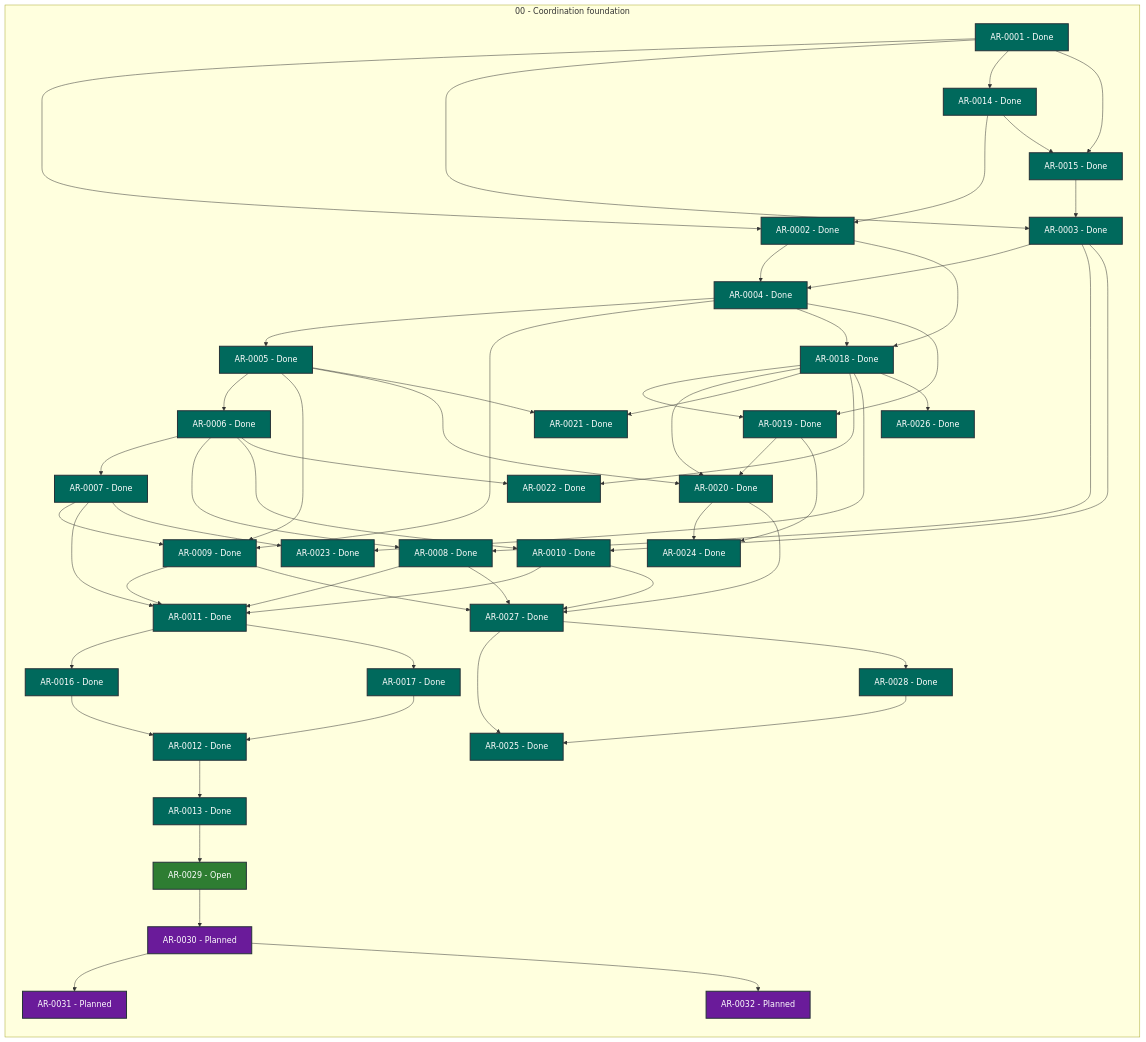
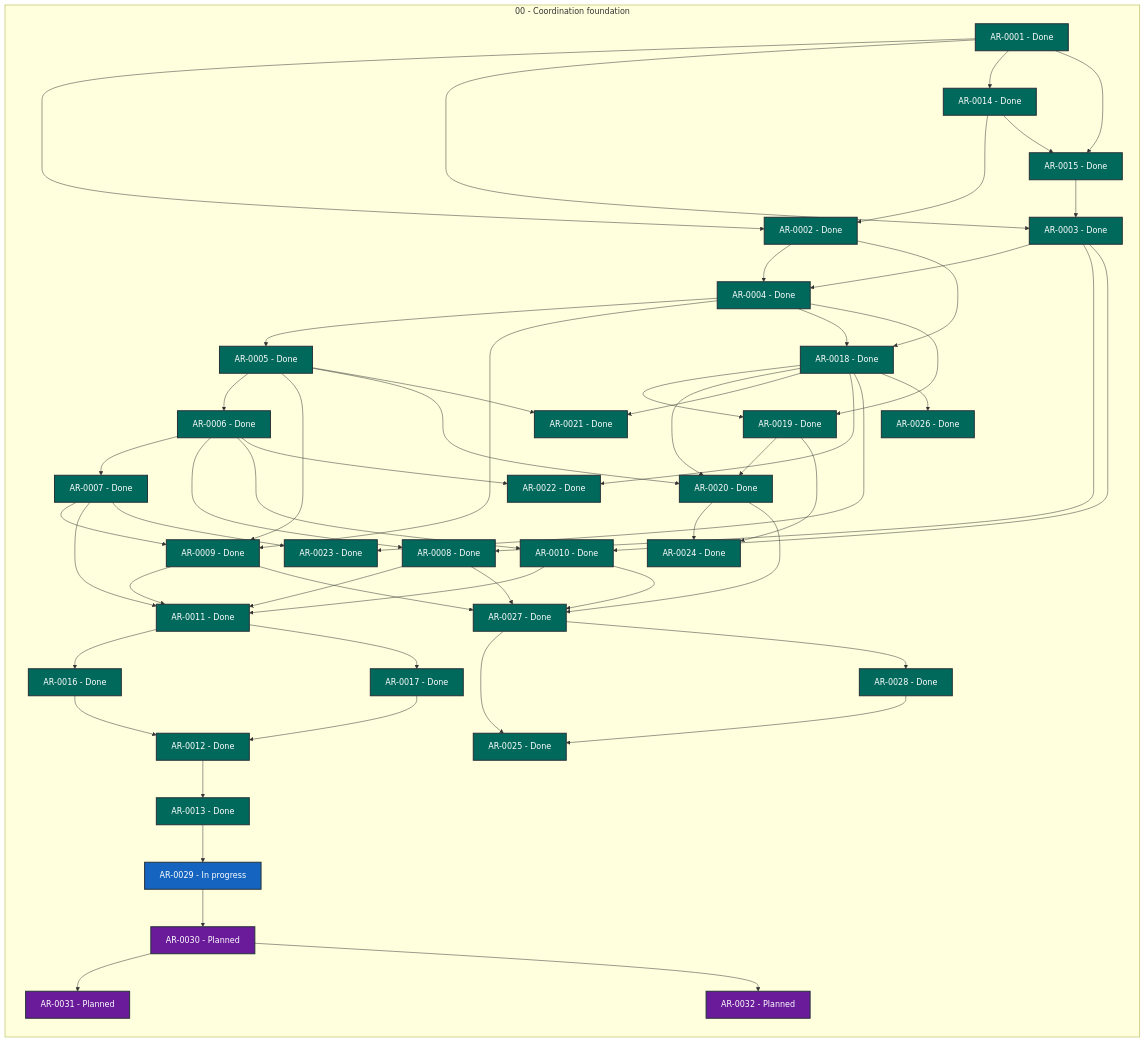
Before and after one commit to martin-beck/agent-workflow-tui-state: the diagram in STATUS.md, drawn with Mermaid. The commit also changed other lines of this file and 2 other files, not shown here.

```diff
--- a/STATUS.md
+++ b/STATUS.md
@@ -56,7 +56,7 @@
         AR_0026["AR-0026 - Done"]:::status_done
         AR_0027["AR-0027 - Done"]:::status_done
         AR_0028["AR-0028 - Done"]:::status_done
-        AR_0029["AR-0029 - Open"]:::status_open
+        AR_0029["AR-0029 - In progress"]:::status_in_progress
         AR_0030["AR-0030 - Planned"]:::status_planned
         AR_0031["AR-0031 - Planned"]:::status_planned
         AR_0032["AR-0032 - Planned"]:::status_planned
```
